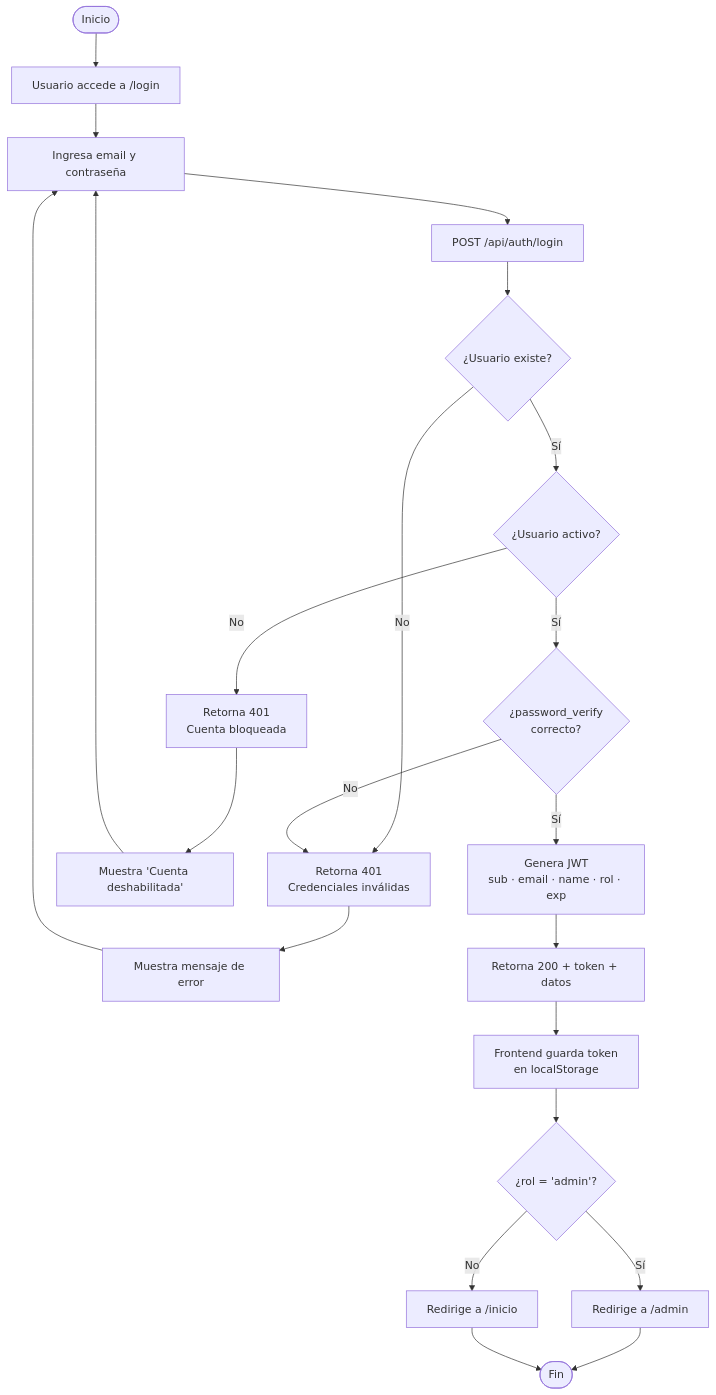
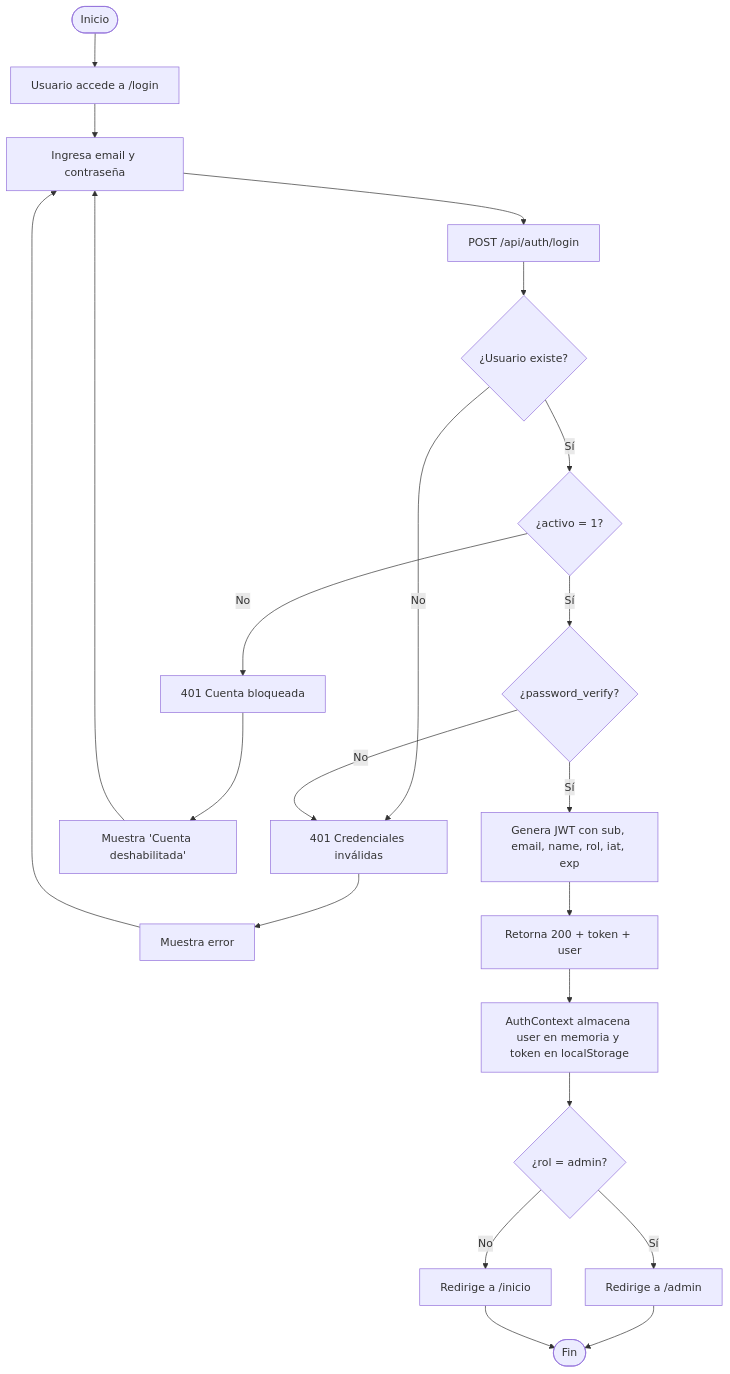
The sixth of 14 diagrams in DIAGRAMAS.md (JorggeHM/TuViaje), drawn with Mermaid before and after one commit. The commit also changed other lines of this file and 15 other files, not shown here.

````diff
--- a/DIAGRAMAS.md
+++ b/DIAGRAMAS.md
@@ -305,24 +430,24 @@
 ```mermaid
 flowchart TD
     A([Inicio]) --> B[Usuario accede a /login]
     B --> C[Ingresa email y contraseña]
     C --> D[POST /api/auth/login]
     D --> E{¿Usuario existe?}
-    E -- No --> F[Retorna 401\nCredenciales inválidas]
-    F --> G[Muestra mensaje de error]
+    E -- No --> F[401 Credenciales inválidas]
+    F --> G[Muestra error]
     G --> C
-    E -- Sí --> H{¿Usuario activo?}
-    H -- No --> I[Retorna 401\nCuenta bloqueada]
+    E -- Sí --> H{¿activo = 1?}
+    H -- No --> I[401 Cuenta bloqueada]
     I --> J[Muestra 'Cuenta deshabilitada']
     J --> C
-    H -- Sí --> K{¿password_verify\ncorrecto?}
+    H -- Sí --> K{¿password_verify?}
     K -- No --> F
-    K -- Sí --> L[Genera JWT\nsub · email · name · rol · exp]
-    L --> M[Retorna 200 + token + datos]
-    M --> N[Frontend guarda token\nen localStorage]
-    N --> O{¿rol = 'admin'?}
+    K -- Sí --> L[Genera JWT con sub, email, name, rol, iat, exp]
+    L --> M[Retorna 200 + token + user]
+    M --> N[AuthContext almacena user en memoria y token en localStorage]
+    N --> O{¿rol = admin?}
     O -- Sí --> P[Redirige a /admin]
     O -- No --> Q[Redirige a /inicio]
     P --> R([Fin])
     Q --> R
 ```
````
